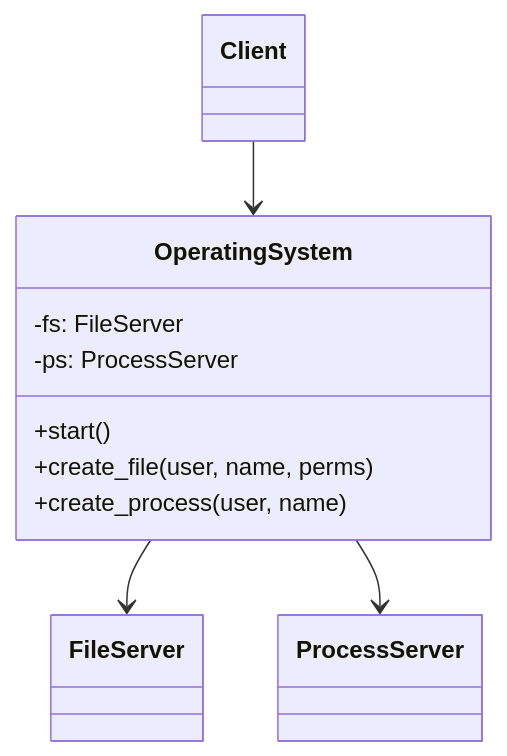
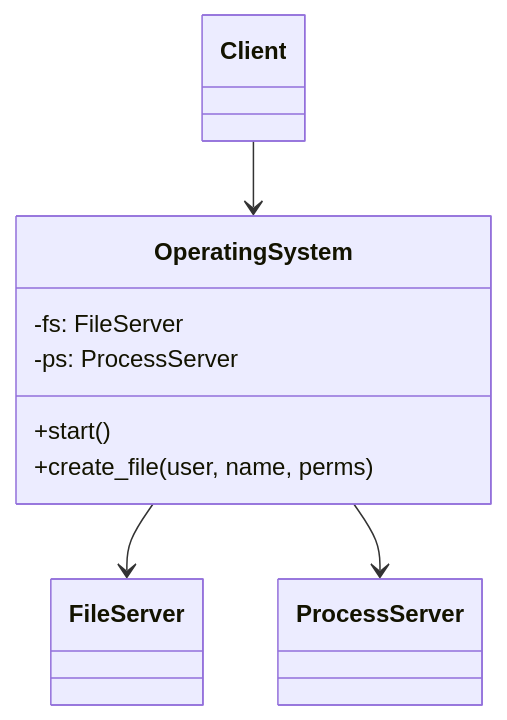
The diagram in python-design-patterns/structural/facade.md (SanjayR857/All-in-One-Notes), drawn with Mermaid before and after one commit. The commit also changed other lines of this file and 40 other files, not shown here.

````diff
--- a/python-design-patterns/structural/facade.md
+++ b/python-design-patterns/structural/facade.md
@@ -25,13 +33,12 @@
 ```mermaid
 classDiagram
     class OperatingSystem {
         -fs: FileServer
         -ps: ProcessServer
         +start()
         +create_file(user, name, perms)
-        +create_process(user, name)
     }
     OperatingSystem --> FileServer
     OperatingSystem --> ProcessServer
     Client --> OperatingSystem
 ```
````
